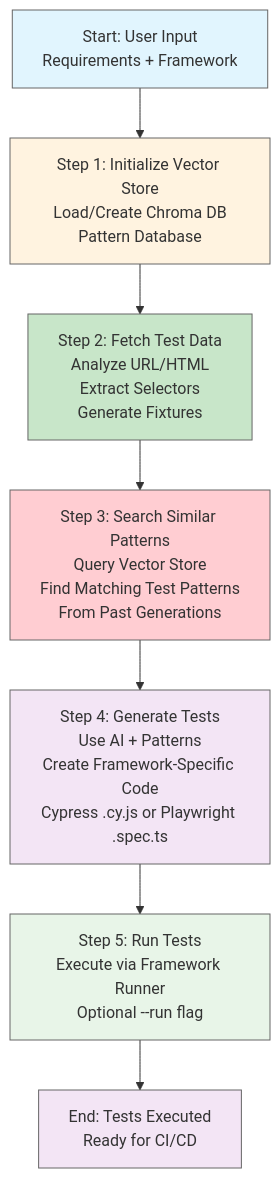
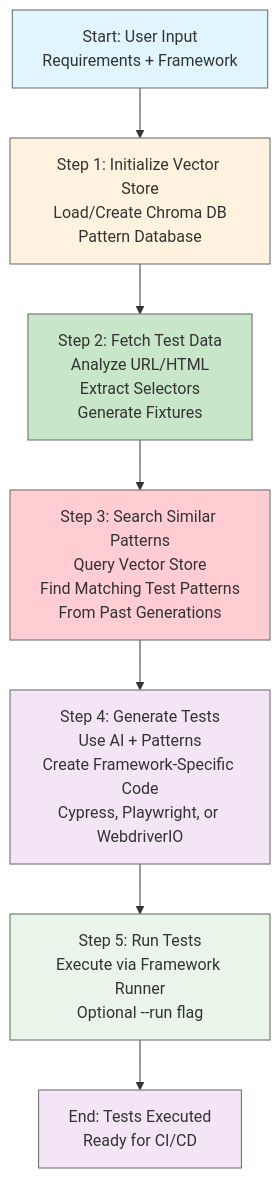
The second of 3 diagrams in README.md (aiqualitylab/ai-natural-language-tests), drawn with Mermaid before and after one commit. The commit also changed other lines of this file and 15 other files, not shown here.

````diff
--- a/README.md
+++ b/README.md
@@ -168,17 +179,17 @@
 ```mermaid
 flowchart TD
     A[Start: User Input<br/>Requirements + Framework] --> B[Step 1: Initialize Vector Store<br/>Load/Create Chroma DB<br/>Pattern Database]
     B --> C[Step 2: Fetch Test Data<br/>Analyze URL/HTML<br/>Extract Selectors<br/>Generate Fixtures]
     C --> D[Step 3: Search Similar Patterns<br/>Query Vector Store<br/>Find Matching Test Patterns<br/>From Past Generations]
-    D --> E[Step 4: Generate Tests<br/>Use AI + Patterns<br/>Create Framework-Specific Code<br/>Cypress .cy.js or Playwright .spec.ts]
+    D --> E[Step 4: Generate Tests<br/>Use AI + Patterns<br/>Create Framework-Specific Code<br/>Cypress, Playwright, or WebdriverIO]
     E --> F[Step 5: Run Tests<br/>Execute via Framework Runner<br/>Optional --run flag]
     F --> G[End: Tests Executed<br/>Ready for CI/CD]
 
     style A fill:#e1f5fe,color:#333333,stroke:#666666
     style B fill:#fff3e0,color:#333333,stroke:#666666
     style C fill:#c8e6c9,color:#333333,stroke:#666666
     style D fill:#ffcdd2,color:#333333,stroke:#666666
     style E fill:#f3e5f5,color:#333333,stroke:#666666
     style F fill:#e8f5e8,color:#333333,stroke:#666666
     style G fill:#f3e5f5,color:#333333,stroke:#666666
 ```
````
